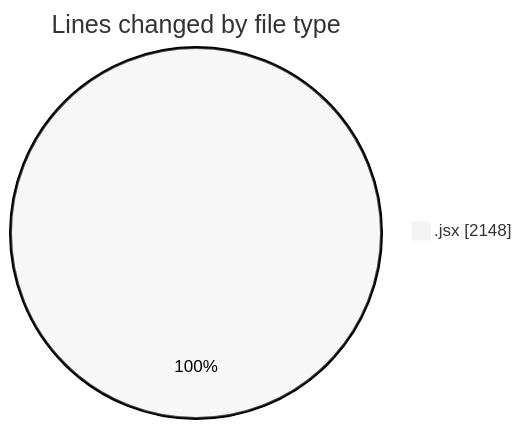
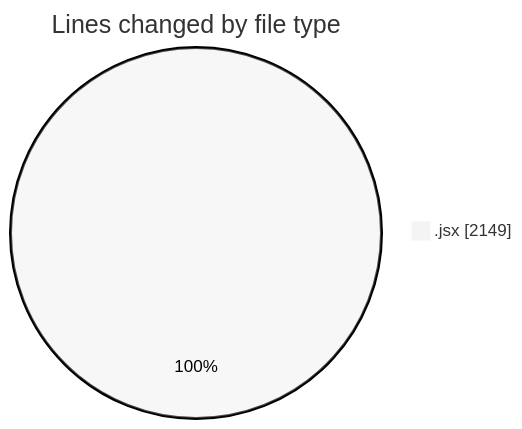
One commit to nxtqubesakshisongat/code-tracking changed the first of 2 diagrams in 2025-07-04/argos/README.md. Above: the diagram before and after it, drawn with Mermaid (neutral theme). The commit also changed other lines of this file and 1 other file, not shown here.

````diff
--- a/2025-07-04/argos/README.md
+++ b/2025-07-04/argos/README.md
@@ -21,5 +21,5 @@
 ```mermaid
 pie showData
 title Lines changed by file type
-".jsx" : 2148
+".jsx" : 2149
 ```
````
